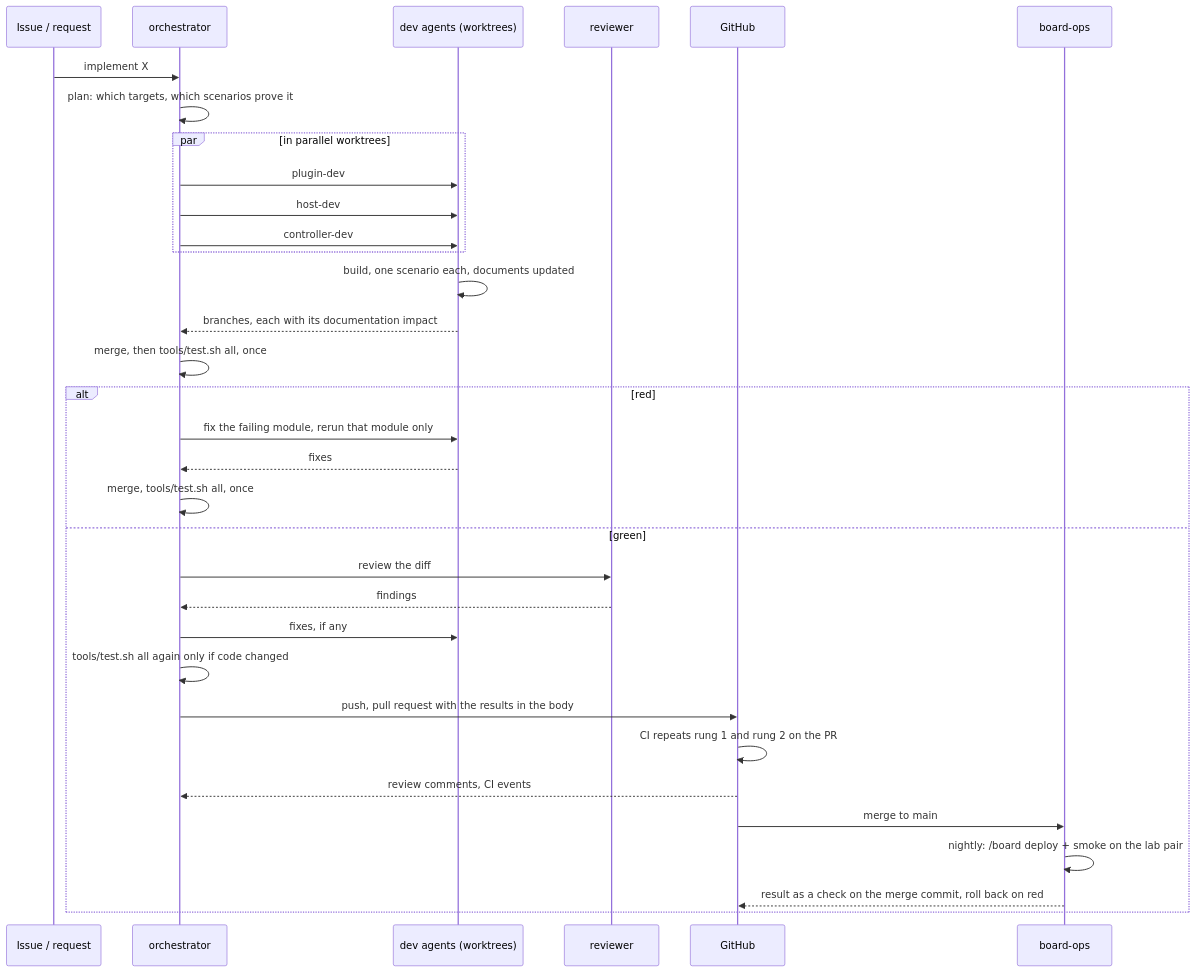
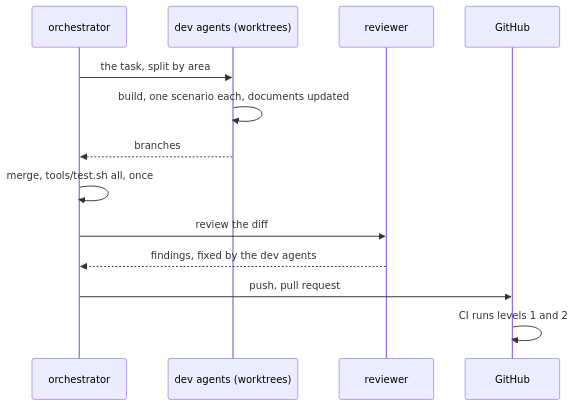
One commit to AMuszkat/bpi_amp_platform changed the sixth of 6 diagrams in docs/autonomous-development.md. Above: the diagram before and after it, drawn with Mermaid. The commit also changed other lines of this file and 28 other files, not shown here.

First line of the commit message:
docs: autonomous-development.md cut to what exists, in a third of the words; the test rungs are now levels

````diff
--- a/docs/autonomous-development.md
+++ b/docs/autonomous-development.md
@@ -406,35 +175,15 @@
 ```mermaid
 sequenceDiagram
-    participant I as Issue / request
     participant O as orchestrator
     participant D as dev agents (worktrees)
     participant R as reviewer
     participant G as GitHub
-    participant B as board-ops
-    I->>O: implement X
-    O->>O: plan: which targets, which scenarios prove it
-    par in parallel worktrees
-        O->>D: plugin-dev
-        O->>D: host-dev
-        O->>D: controller-dev
-    end
+    O->>D: the task, split by area
     D->>D: build, one scenario each, documents updated
-    D-->>O: branches, each with its documentation impact
-    O->>O: merge, then tools/test.sh all, once
-    alt red
-        O->>D: fix the failing module, rerun that module only
-        D-->>O: fixes
-        O->>O: merge, tools/test.sh all, once
-    else green
-        O->>R: review the diff
-        R-->>O: findings
-        O->>D: fixes, if any
-        O->>O: tools/test.sh all again only if code changed
-        O->>G: push, pull request with the results in the body
-        G->>G: CI repeats rung 1 and rung 2 on the PR
-        G-->>O: review comments, CI events
-        G->>B: merge to main
-        B->>B: nightly: /board deploy + smoke on the lab pair
-        B-->>G: result as a check on the merge commit, roll back on red
-    end
+    D-->>O: branches
+    O->>O: merge, tools/test.sh all, once
+    O->>R: review the diff
+    R-->>O: findings, fixed by the dev agents
+    O->>G: push, pull request
+    G->>G: CI runs levels 1 and 2
 ```
````
